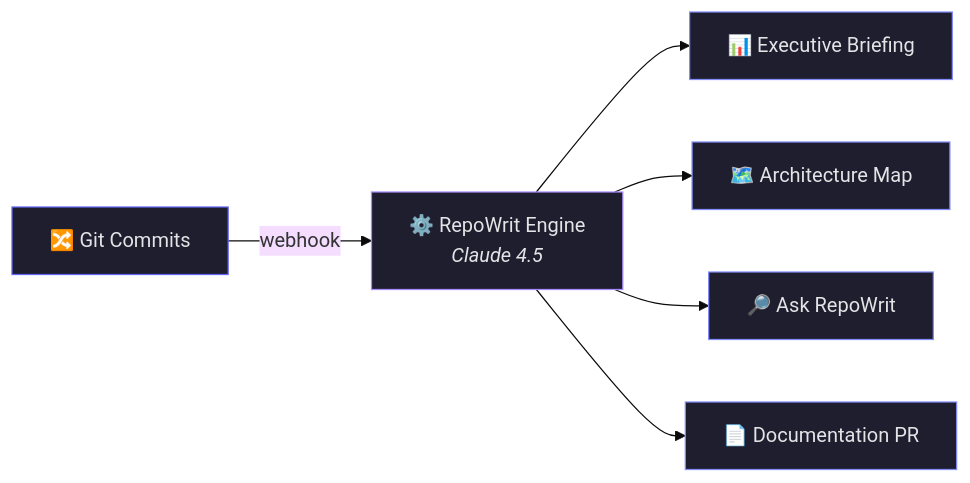
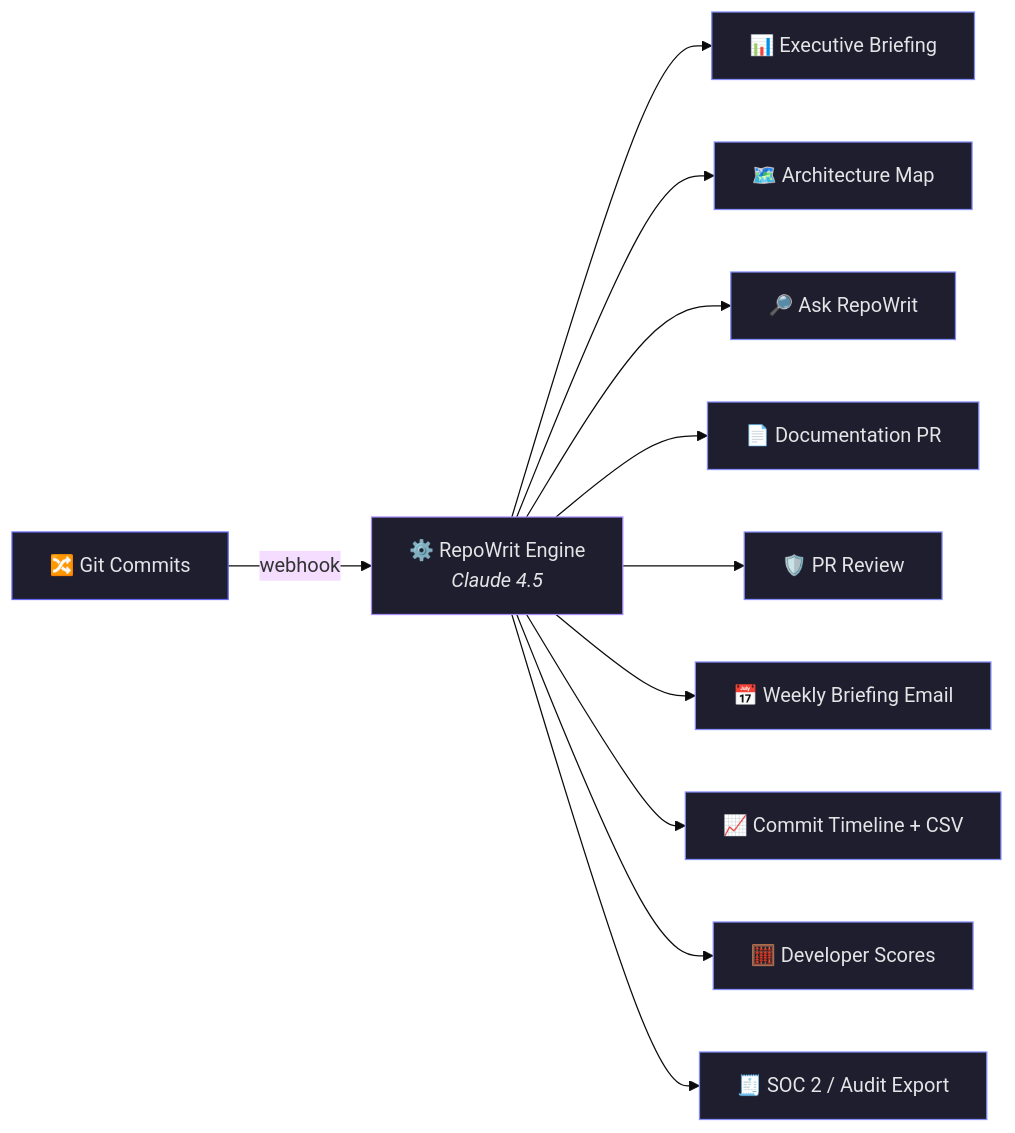
One commit to RepoWrit/.github changed the diagram in profile/README.md. Above: the diagram before and after it, drawn with Mermaid (base theme). The commit also changed other lines of this file, not shown here.

````diff
--- a/profile/README.md
+++ b/profile/README.md
@@ -30,15 +30,25 @@
 ```mermaid
 graph LR
     A["🔀 Git Commits"] -->|webhook| B["⚙️ RepoWrit Engine<br/><i>Claude 4.5</i>"]
     B --> C["📊 Executive Briefing"]
     B --> D["🗺️ Architecture Map"]
     B --> E["🔎 Ask RepoWrit"]
     B --> F["📄 Documentation PR"]
+    B --> G["🛡️ PR Review"]
+    B --> H["📅 Weekly Briefing Email"]
+    B --> I["📈 Commit Timeline + CSV"]
+    B --> J["🧮 Developer Scores"]
+    B --> K["🧾 SOC 2 / Audit Export"]
 
     style A fill:#1e1e2e,stroke:#6366f1,color:#e4e4e7
     style B fill:#1e1e2e,stroke:#a78bfa,color:#e4e4e7
     style C fill:#1e1e2e,stroke:#818cf8,color:#e4e4e7
     style D fill:#1e1e2e,stroke:#818cf8,color:#e4e4e7
     style E fill:#1e1e2e,stroke:#818cf8,color:#e4e4e7
     style F fill:#1e1e2e,stroke:#818cf8,color:#e4e4e7
+    style G fill:#1e1e2e,stroke:#818cf8,color:#e4e4e7
+    style H fill:#1e1e2e,stroke:#818cf8,color:#e4e4e7
+    style I fill:#1e1e2e,stroke:#818cf8,color:#e4e4e7
+    style J fill:#1e1e2e,stroke:#818cf8,color:#e4e4e7
+    style K fill:#1e1e2e,stroke:#818cf8,color:#e4e4e7
 ```
````
